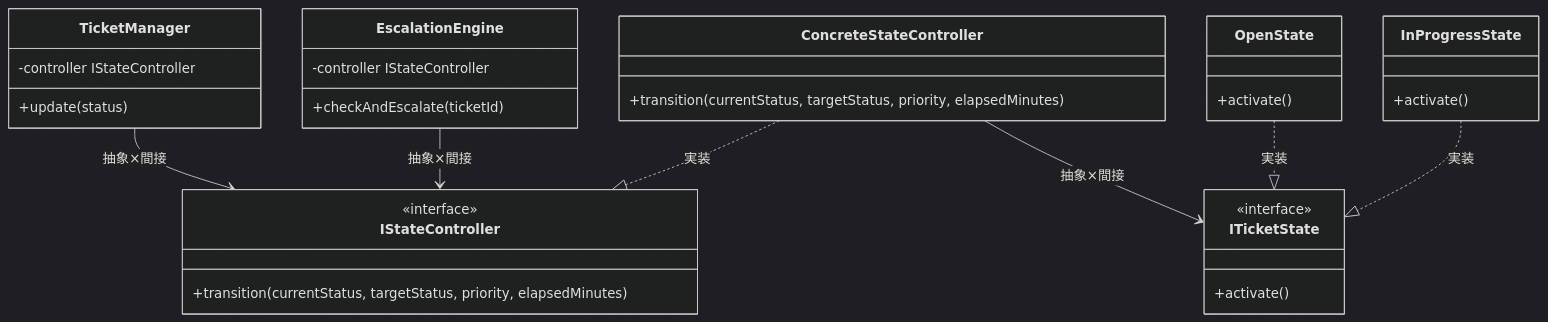
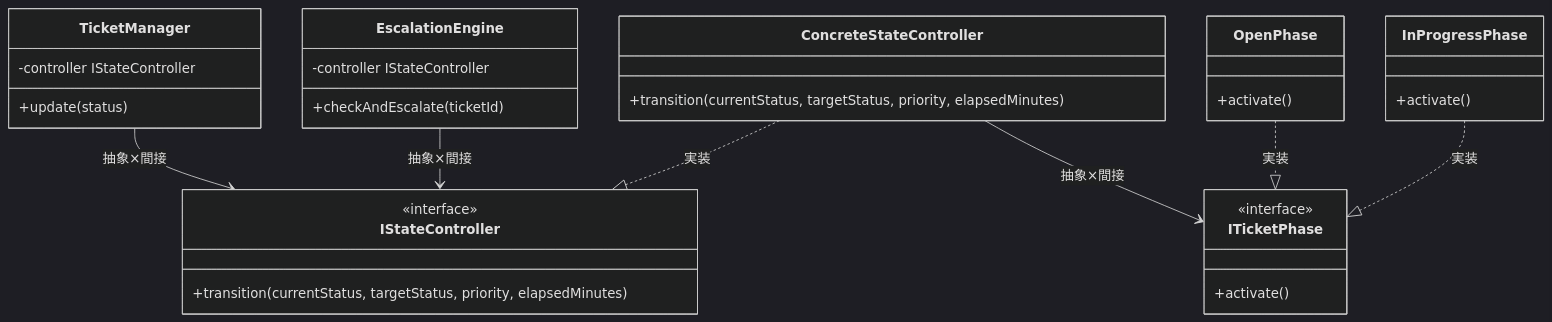
One commit to kumachan1101-pixel/DesignPattern changed the seventh of 9 diagrams in kindle/design-patterns/output/chapter09_2.md. Above: the diagram before and after it, drawn with Mermaid (dark theme). The commit also changed other lines of this file and 1 other file, not shown here.

````diff
--- a/kindle/design-patterns/output/chapter09_2.md
+++ b/kindle/design-patterns/output/chapter09_2.md
@@ -850,34 +852,34 @@
 ```mermaid
 classDiagram
     class IStateController {
         <<interface>>
         +transition(currentStatus, targetStatus, priority, elapsedMinutes)
     }
-    class ITicketState {
+    class ITicketPhase {
         <<interface>>
         +activate()
     }
     class TicketManager {
         -controller IStateController
         +update(status)
     }
     class EscalationEngine {
         -controller IStateController
         +checkAndEscalate(ticketId)
     }
     class ConcreteStateController {
         +transition(currentStatus, targetStatus, priority, elapsedMinutes)
     }
-    class OpenState {
+    class OpenPhase {
         +activate()
     }
-    class InProgressState {
+    class InProgressPhase {
         +activate()
     }
     ConcreteStateController ..|> IStateController : 実装
-    OpenState ..|> ITicketState : 実装
-    InProgressState ..|> ITicketState : 実装
+    OpenPhase ..|> ITicketPhase : 実装
+    InProgressPhase ..|> ITicketPhase : 実装
     TicketManager --> IStateController : 抽象×間接
     EscalationEngine --> IStateController : 抽象×間接
-    ConcreteStateController --> ITicketState : 抽象×間接
+    ConcreteStateController --> ITicketPhase : 抽象×間接
 ```
````
